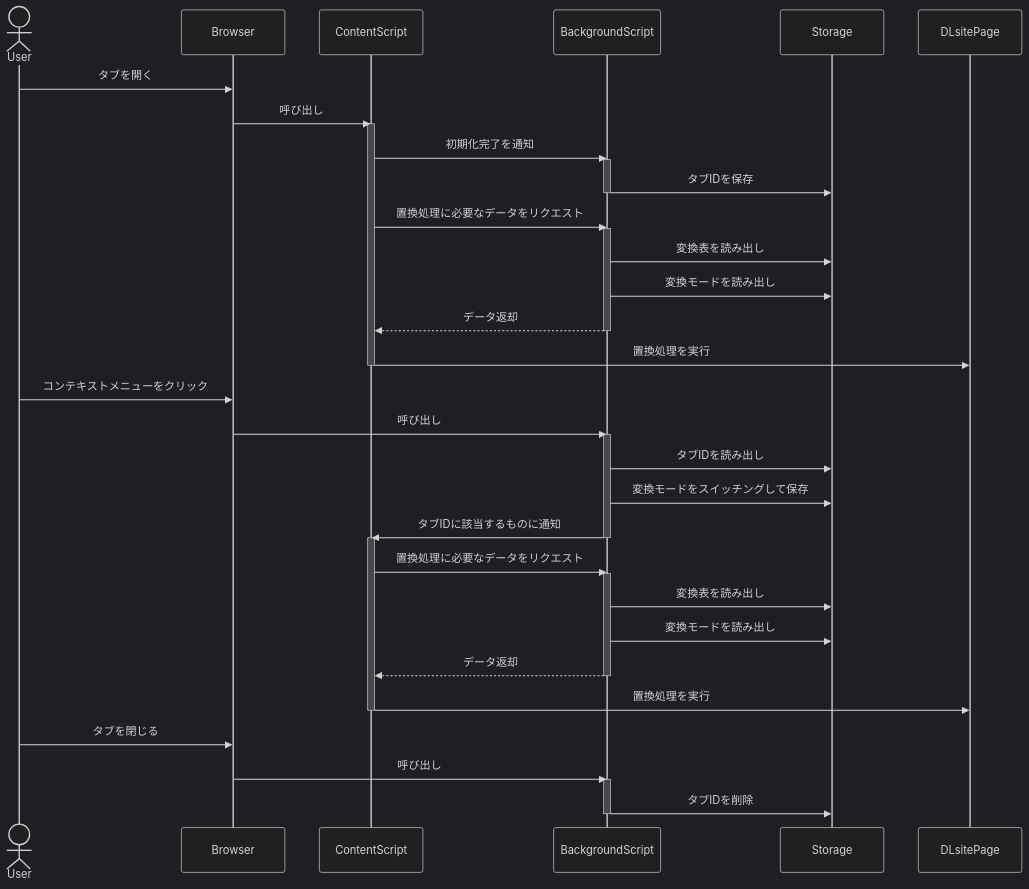
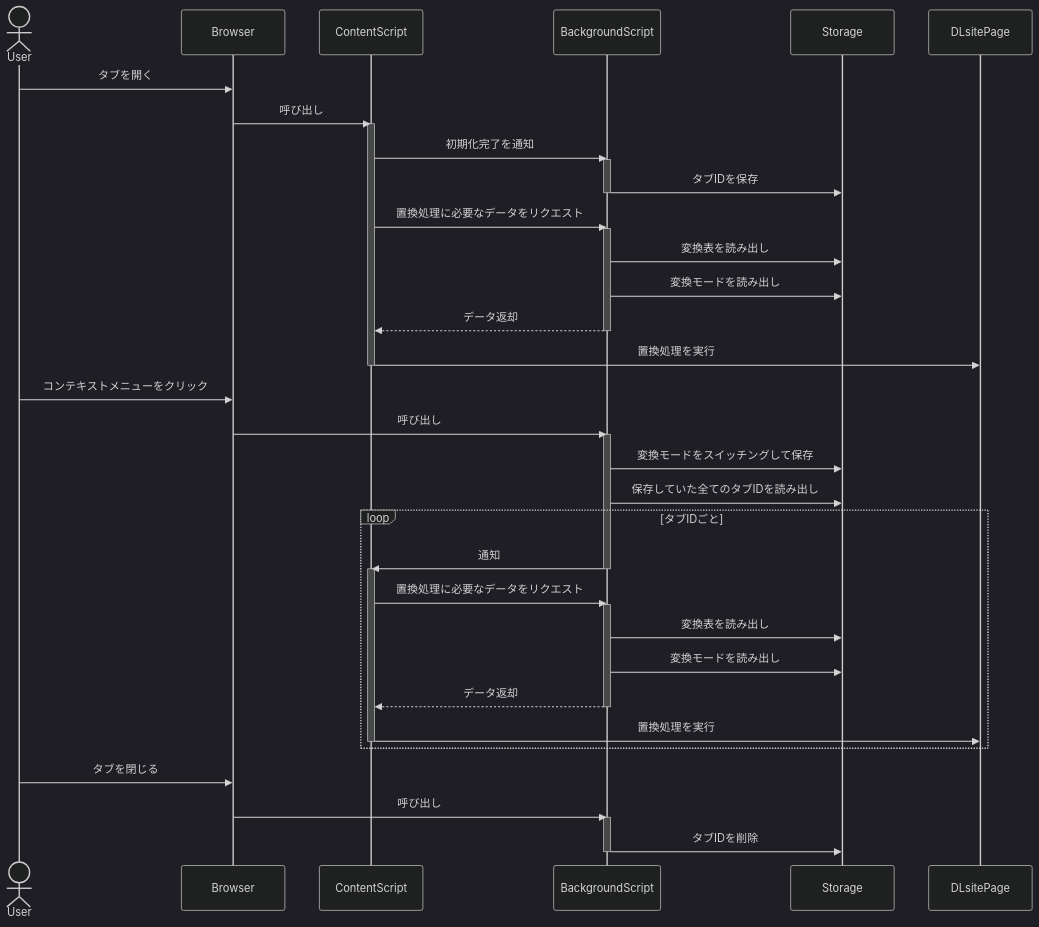
Before and after one commit to nanami-v2/DLsiteGenreTagReplacer: the second of 2 diagrams in README.md, drawn with Mermaid. The commit also changed other lines of this file, not shown here.

Commit message:
Fix/design document (#44)

````diff
--- a/README.md
+++ b/README.md
@@ -133,51 +133,53 @@
 ```mermaid
 %%{
     init: {
         'theme': 'dark'
     }
 }%%
 
 sequenceDiagram
   actor User
 
   User    ->> Browser: タブを開く
   Browser ->> ContentScript: 呼び出し
   activate ContentScript
   ContentScript ->> BackgroundScript: 初期化完了を通知
   activate BackgroundScript
   BackgroundScript ->> Storage: タブIDを保存
   deactivate BackgroundScript
   ContentScript ->> BackgroundScript: 置換処理に必要なデータをリクエスト
   activate BackgroundScript
   BackgroundScript  ->> Storage: 変換表を読み出し
   BackgroundScript  ->> Storage: 変換モードを読み出し
   BackgroundScript -->> ContentScript: データ返却
   deactivate BackgroundScript
   ContentScript ->> DLsitePage: 置換処理を実行
   deactivate ContentScript
 
 
   User    ->> Browser: コンテキストメニューをクリック
   Browser ->> BackgroundScript: 呼び出し
   activate BackgroundScript
-  BackgroundScript ->> Storage: タブIDを読み出し
   BackgroundScript ->> Storage: 変換モードをスイッチングして保存
-  BackgroundScript ->> ContentScript: タブIDに該当するものに通知
+  BackgroundScript ->> Storage: 保存していた全てのタブIDを読み出し
+  loop タブIDごと
+  BackgroundScript ->> ContentScript: 通知
   deactivate BackgroundScript
   activate   ContentScript
   ContentScript ->> BackgroundScript: 置換処理に必要なデータをリクエスト
   activate BackgroundScript
   BackgroundScript  ->> Storage: 変換表を読み出し
   BackgroundScript  ->> Storage: 変換モードを読み出し
   BackgroundScript -->> ContentScript: データ返却
   deactivate BackgroundScript
   ContentScript ->> DLsitePage: 置換処理を実行
   deactivate ContentScript
+  end
 
 
   User    ->> Browser: タブを閉じる
   Browser ->> BackgroundScript: 呼び出し
   activate BackgroundScript
   BackgroundScript ->> Storage: タブIDを削除
   deactivate BackgroundScript
 ```
````
